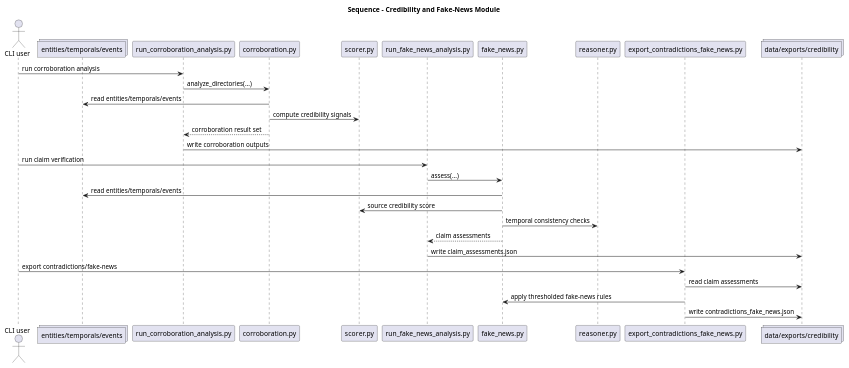
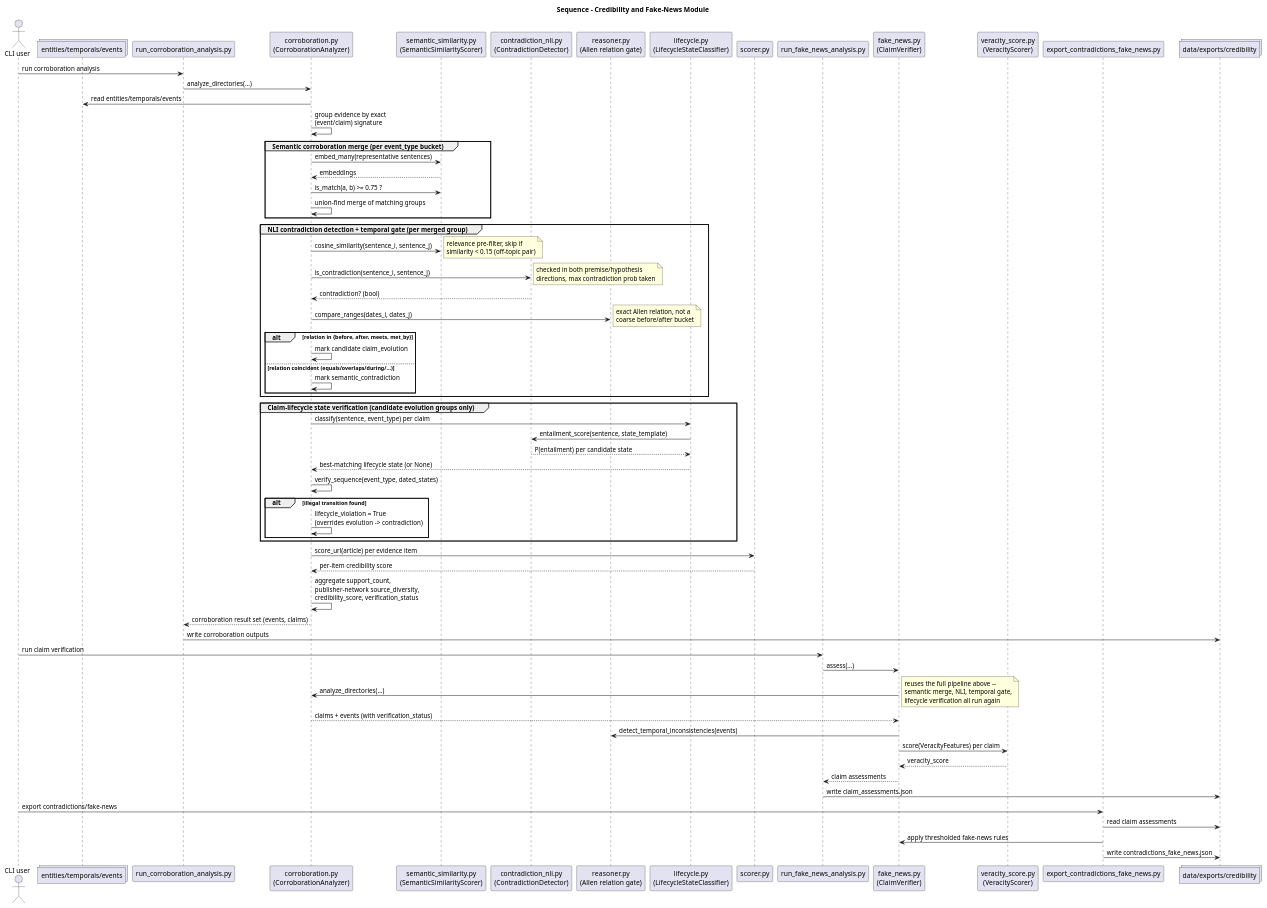
The diagram in docs/plantuml/16_seq_module_credibility.puml (andreeaonaci/Temporal_KG), drawn with PlantUML before and after one commit. The commit also changed 69 other files, not shown here.

```diff
--- a/docs/plantuml/16_seq_module_credibility.puml
+++ b/docs/plantuml/16_seq_module_credibility.puml
@@ -1,35 +1,79 @@
 @startuml
 title Sequence - Credibility and Fake-News Module
 
 actor "CLI user" as U
 collections "entities/temporals/events" as EXPORTED
 participant "run_corroboration_analysis.py" as CORCLI
-participant "corroboration.py" as COR
+participant "corroboration.py\n(CorroborationAnalyzer)" as COR
+participant "semantic_similarity.py\n(SemanticSimilarityScorer)" as SEM
+participant "contradiction_nli.py\n(ContradictionDetector)" as NLI
+participant "reasoner.py\n(Allen relation gate)" as RSN
+participant "lifecycle.py\n(LifecycleStateClassifier)" as LFC
 participant "scorer.py" as SCR
 participant "run_fake_news_analysis.py" as FAKCLI
-participant "fake_news.py" as FAK
-participant "reasoner.py" as RSN
+participant "fake_news.py\n(ClaimVerifier)" as FAK
+participant "veracity_score.py\n(VeracityScorer)" as VER
 participant "export_contradictions_fake_news.py" as EXPCLI
 collections "data/exports/credibility" as CRDX
 
 U -> CORCLI : run corroboration analysis
 CORCLI -> COR : analyze_directories(...)
 COR -> EXPORTED : read entities/temporals/events
-COR -> SCR : compute credibility signals
-COR --> CORCLI : corroboration result set
+COR -> COR : group evidence by exact\n(event/claim) signature
+
+group Semantic corroboration merge (per event_type bucket)
+  COR -> SEM : embed_many(representative sentences)
+  SEM --> COR : embeddings
+  COR -> SEM : is_match(a, b) >= 0.75 ?
+  COR -> COR : union-find merge of matching groups
+end
+
+group NLI contradiction detection + temporal gate (per merged group)
+  COR -> SEM : cosine_similarity(sentence_i, sentence_j)
+  note right: relevance pre-filter, skip if\nsimilarity < 0.15 (off-topic pair)
+  COR -> NLI : is_contradiction(sentence_i, sentence_j)
+  note right: checked in both premise/hypothesis\ndirections, max contradiction prob taken
+  NLI --> COR : contradiction? (bool)
+  COR -> RSN : compare_ranges(dates_i, dates_j)
+  note right: exact Allen relation, not a\ncoarse before/after bucket
+  alt relation in {before, after, meets, met_by}
+    COR -> COR : mark candidate claim_evolution
+  else relation coincident (equals/overlaps/during/...)
+    COR -> COR : mark semantic_contradiction
+  end
+end
+
+group Claim-lifecycle state verification (candidate evolution groups only)
+  COR -> LFC : classify(sentence, event_type) per claim
+  LFC -> NLI : entailment_score(sentence, state_template)
+  NLI --> LFC : P(entailment) per candidate state
+  LFC --> COR : best-matching lifecycle state (or None)
+  COR -> COR : verify_sequence(event_type, dated_states)
+  alt illegal transition found
+    COR -> COR : lifecycle_violation = True\n(overrides evolution -> contradiction)
+  end
+end
+
+COR -> SCR : score_url(article) per evidence item
+SCR --> COR : per-item credibility score
+COR -> COR : aggregate support_count,\npublisher-network source_diversity,\ncredibility_score, verification_status
+COR --> CORCLI : corroboration result set (events, claims)
 CORCLI -> CRDX : write corroboration outputs
 
 U -> FAKCLI : run claim verification
 FAKCLI -> FAK : assess(...)
-FAK -> EXPORTED : read entities/temporals/events
-FAK -> SCR : source credibility score
-FAK -> RSN : temporal consistency checks
+FAK -> COR : analyze_directories(...)
+note right: reuses the full pipeline above --\nsemantic merge, NLI, temporal gate,\nlifecycle verification all run again
+COR --> FAK : claims + events (with verification_status)
+FAK -> RSN : detect_temporal_inconsistencies(events)
+FAK -> VER : score(VeracityFeatures) per claim
+VER --> FAK : veracity_score
 FAK --> FAKCLI : claim assessments
 FAKCLI -> CRDX : write claim_assessments.json
 
 U -> EXPCLI : export contradictions/fake-news
 EXPCLI -> CRDX : read claim assessments
 EXPCLI -> FAK : apply thresholded fake-news rules
 EXPCLI -> CRDX : write contradictions_fake_news.json
 
 @enduml
```
